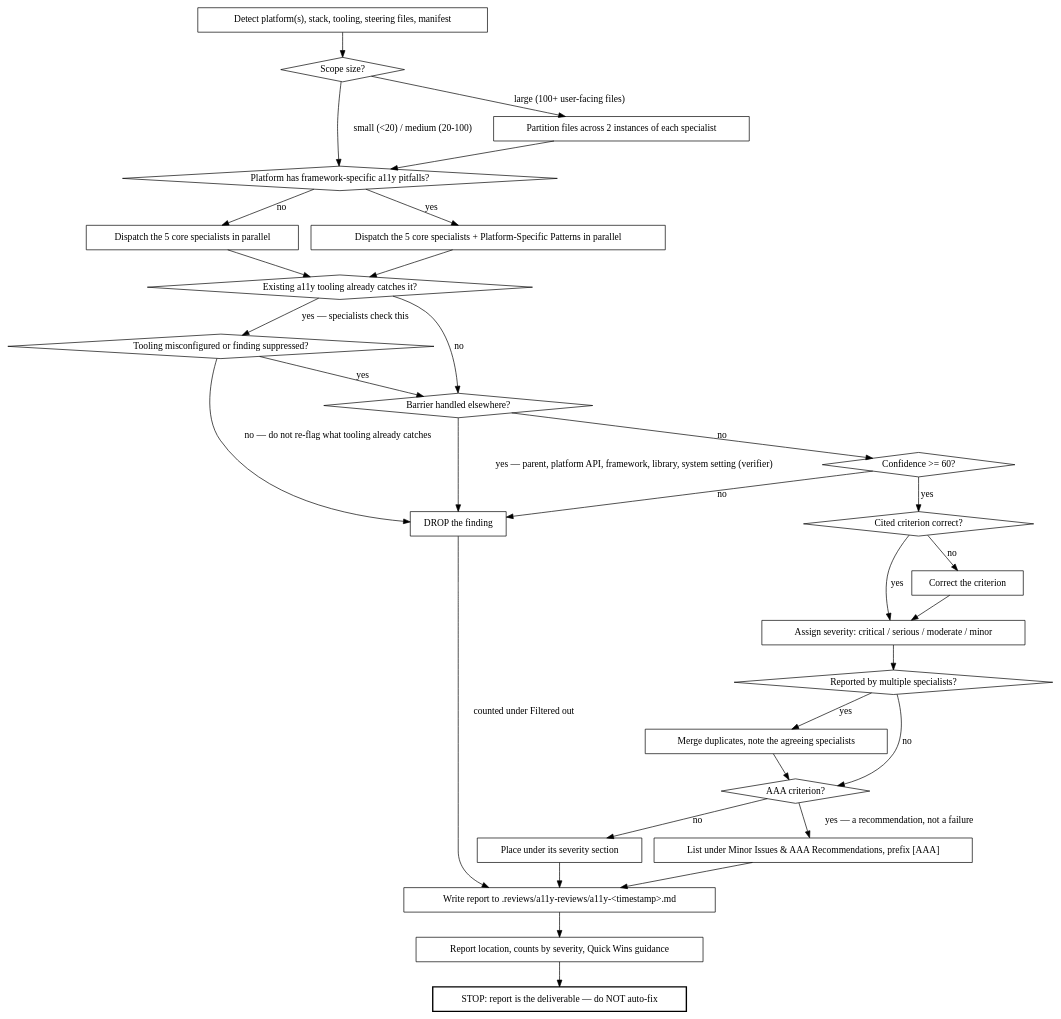
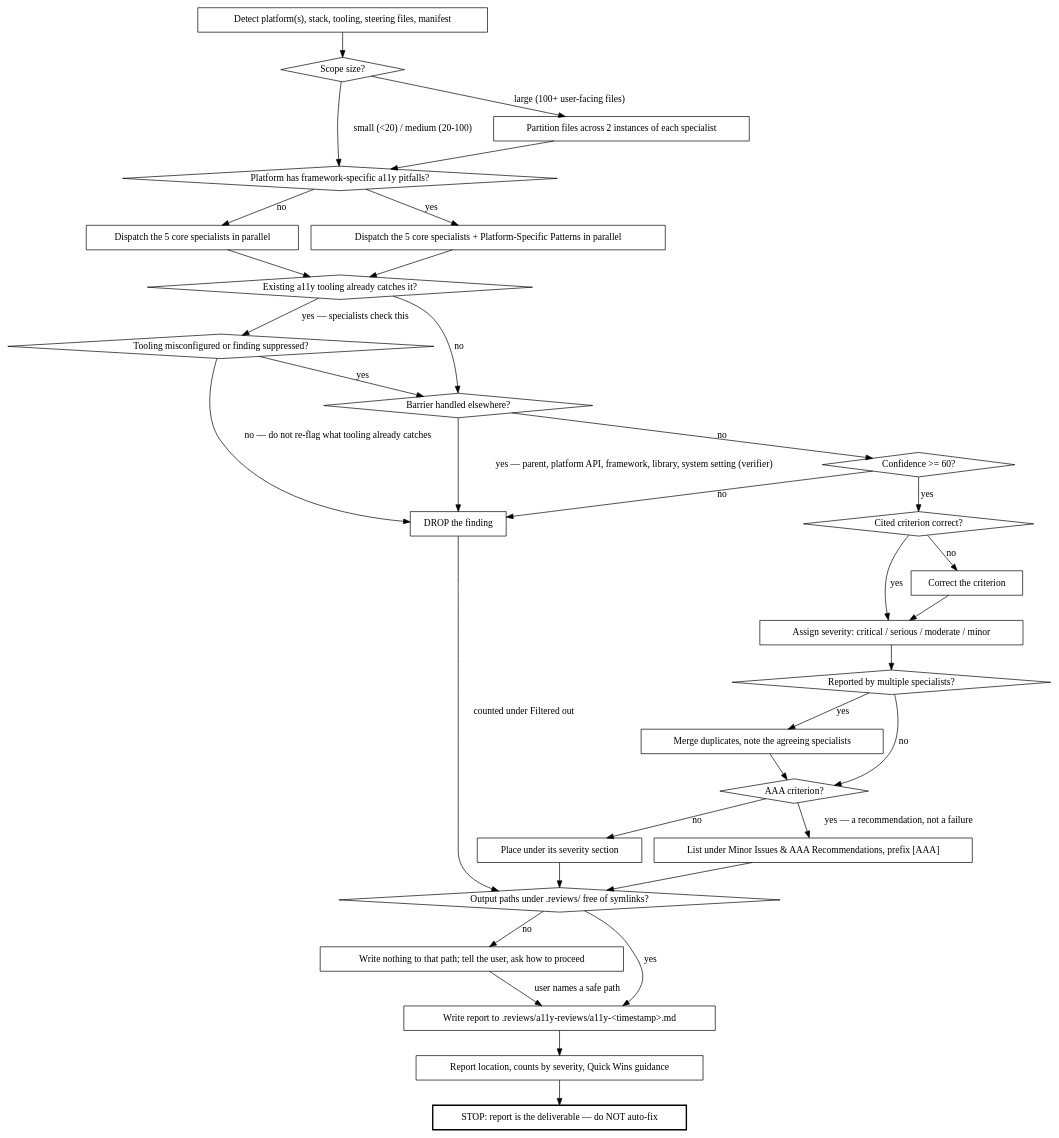
One commit to Ovid/paad changed the second of 2 diagrams in kiro_and_antigravity/skills/.kiro/skills/agentic-a11y/SKILL.md. Above: the diagram before and after it, drawn with Graphviz. The commit also changed other lines of this file and 51 other files, not shown here.

````diff
--- a/kiro_and_antigravity/skills/.kiro/skills/agentic-a11y/SKILL.md
+++ b/kiro_and_antigravity/skills/.kiro/skills/agentic-a11y/SKILL.md
@@ -37,60 +39,65 @@
 ```dot
 digraph audit_flow {
   "Scope size?" [shape=diamond];
   "Platform has framework-specific a11y pitfalls?" [shape=diamond];
   "Existing a11y tooling already catches it?" [shape=diamond];
   "Tooling misconfigured or finding suppressed?" [shape=diamond];
   "Barrier handled elsewhere?" [shape=diamond];
   "Confidence >= 60?" [shape=diamond];
   "Cited criterion correct?" [shape=diamond];
   "Reported by multiple specialists?" [shape=diamond];
   "AAA criterion?" [shape=diamond];
 
   "Detect platform(s), stack, tooling, steering files, manifest" [shape=box];
   "Partition files across 2 instances of each specialist" [shape=box];
   "Dispatch the 5 core specialists in parallel" [shape=box];
   "Dispatch the 5 core specialists + Platform-Specific Patterns in parallel" [shape=box];
   "DROP the finding" [shape=box];
   "Correct the criterion" [shape=box];
   "Assign severity: critical / serious / moderate / minor" [shape=box];
   "Merge duplicates, note the agreeing specialists" [shape=box];
   "List under Minor Issues & AAA Recommendations, prefix [AAA]" [shape=box];
   "Place under its severity section" [shape=box];
+  "Output paths under .reviews/ free of symlinks?" [shape=diamond];
+  "Write nothing to that path; tell the user, ask how to proceed" [shape=box];
   "Write report to .reviews/a11y-reviews/a11y-<timestamp>.md" [shape=box];
   "Report location, counts by severity, Quick Wins guidance" [shape=box];
   "STOP: report is the deliverable — do NOT auto-fix" [shape=box, style=bold];
 
   "Detect platform(s), stack, tooling, steering files, manifest" -> "Scope size?";
   "Scope size?" -> "Platform has framework-specific a11y pitfalls?" [label="small (<20) / medium (20-100)"];
   "Scope size?" -> "Partition files across 2 instances of each specialist" [label="large (100+ user-facing files)"];
   "Partition files across 2 instances of each specialist" -> "Platform has framework-specific a11y pitfalls?";
   "Platform has framework-specific a11y pitfalls?" -> "Dispatch the 5 core specialists + Platform-Specific Patterns in parallel" [label="yes"];
   "Platform has framework-specific a11y pitfalls?" -> "Dispatch the 5 core specialists in parallel" [label="no"];
   "Dispatch the 5 core specialists in parallel" -> "Existing a11y tooling already catches it?";
   "Dispatch the 5 core specialists + Platform-Specific Patterns in parallel" -> "Existing a11y tooling already catches it?";
 
   "Existing a11y tooling already catches it?" -> "Tooling misconfigured or finding suppressed?" [label="yes — specialists check this"];
   "Existing a11y tooling already catches it?" -> "Barrier handled elsewhere?" [label="no"];
   "Tooling misconfigured or finding suppressed?" -> "DROP the finding" [label="no — do not re-flag what tooling already catches"];
   "Tooling misconfigured or finding suppressed?" -> "Barrier handled elsewhere?" [label="yes"];
   "Barrier handled elsewhere?" -> "DROP the finding" [label="yes — parent, platform API, framework, library, system setting (verifier)"];
   "Barrier handled elsewhere?" -> "Confidence >= 60?" [label="no"];
   "Confidence >= 60?" -> "DROP the finding" [label="no"];
   "Confidence >= 60?" -> "Cited criterion correct?" [label="yes"];
   "Cited criterion correct?" -> "Assign severity: critical / serious / moderate / minor" [label="yes"];
   "Cited criterion correct?" -> "Correct the criterion" [label="no"];
   "Correct the criterion" -> "Assign severity: critical / serious / moderate / minor";
   "Assign severity: critical / serious / moderate / minor" -> "Reported by multiple specialists?";
   "Reported by multiple specialists?" -> "Merge duplicates, note the agreeing specialists" [label="yes"];
   "Reported by multiple specialists?" -> "AAA criterion?" [label="no"];
   "Merge duplicates, note the agreeing specialists" -> "AAA criterion?";
   "AAA criterion?" -> "List under Minor Issues & AAA Recommendations, prefix [AAA]" [label="yes — a recommendation, not a failure"];
   "AAA criterion?" -> "Place under its severity section" [label="no"];
 
-  "List under Minor Issues & AAA Recommendations, prefix [AAA]" -> "Write report to .reviews/a11y-reviews/a11y-<timestamp>.md";
-  "Place under its severity section" -> "Write report to .reviews/a11y-reviews/a11y-<timestamp>.md";
-  "DROP the finding" -> "Write report to .reviews/a11y-reviews/a11y-<timestamp>.md" [label="counted under Filtered out"];
+  "List under Minor Issues & AAA Recommendations, prefix [AAA]" -> "Output paths under .reviews/ free of symlinks?";
+  "Place under its severity section" -> "Output paths under .reviews/ free of symlinks?";
+  "DROP the finding" -> "Output paths under .reviews/ free of symlinks?" [label="counted under Filtered out"];
   "Write report to .reviews/a11y-reviews/a11y-<timestamp>.md" -> "Report location, counts by severity, Quick Wins guidance";
   "Report location, counts by severity, Quick Wins guidance" -> "STOP: report is the deliverable — do NOT auto-fix";
+  "Output paths under .reviews/ free of symlinks?" -> "Write report to .reviews/a11y-reviews/a11y-<timestamp>.md" [label="yes"];
+  "Output paths under .reviews/ free of symlinks?" -> "Write nothing to that path; tell the user, ask how to proceed" [label="no"];
+  "Write nothing to that path; tell the user, ask how to proceed" -> "Write report to .reviews/a11y-reviews/a11y-<timestamp>.md" [label="user names a safe path"];
 }
 ```
````
